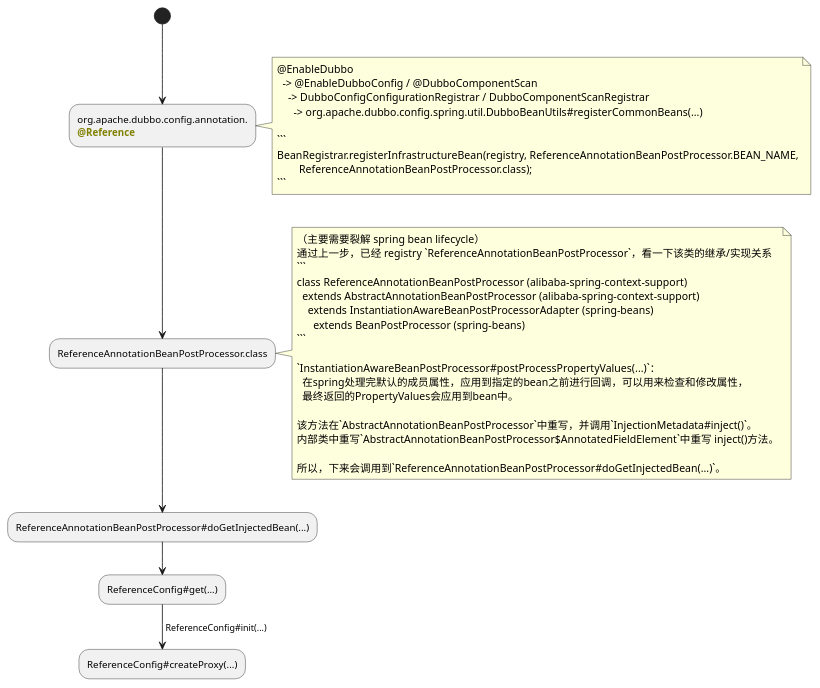
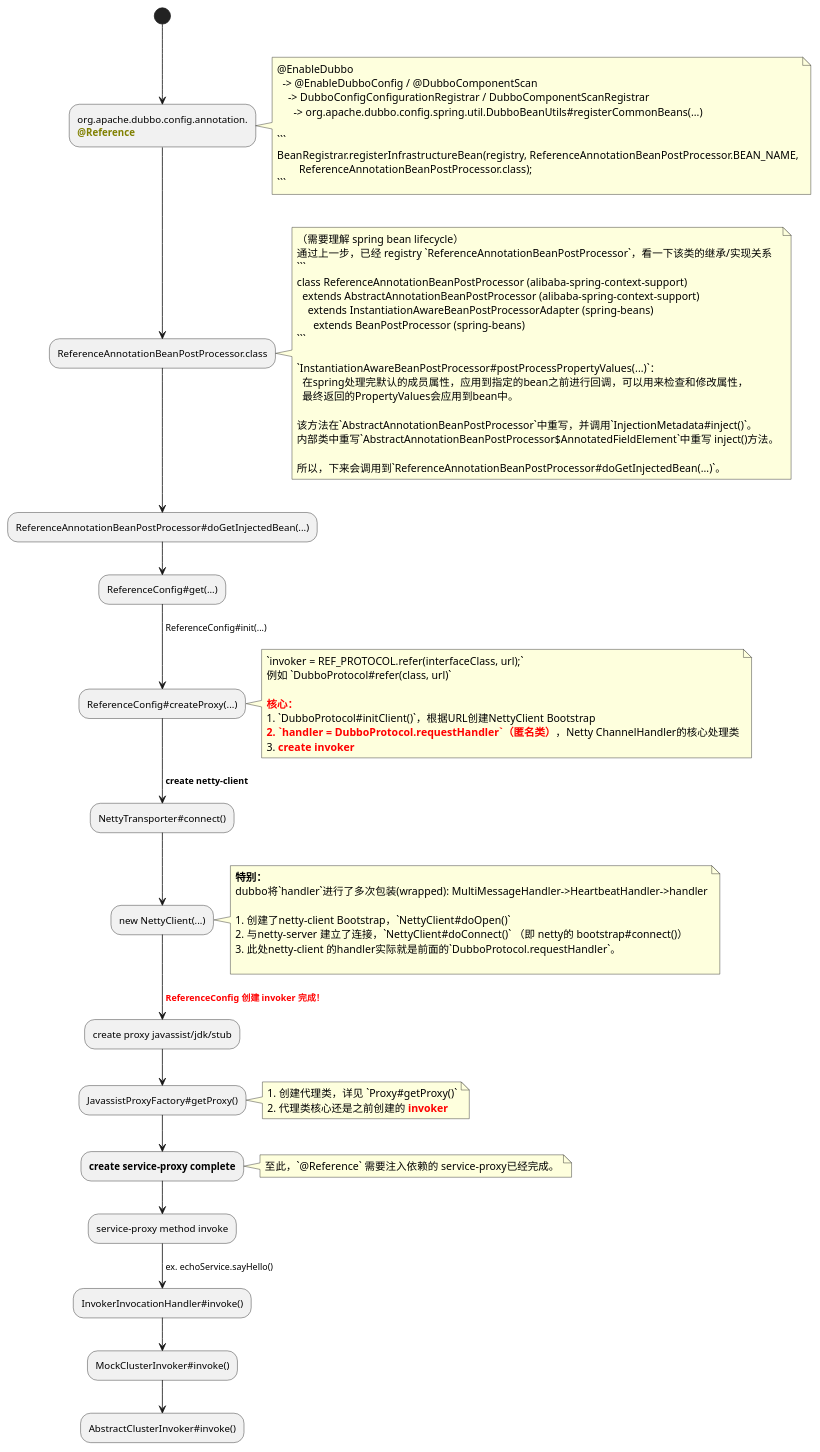
Before and after one commit to vergilyn/dubbo: the diagram in vergilyn-dubbo-examples/docs/plant-uml/dubbo_service_bean_refer_procedure.puml, drawn with PlantUML. The commit also changed 23 other files, not shown here.

````diff
--- a/vergilyn-dubbo-examples/docs/plant-uml/dubbo_service_bean_refer_procedure.puml
+++ b/vergilyn-dubbo-examples/docs/plant-uml/dubbo_service_bean_refer_procedure.puml
@@ -1,43 +1,90 @@
 @startuml
 (*)  --> "org.apache.dubbo.config.annotation.
     <color:808000>**@Reference**</color>"
 note right
 @EnableDubbo
   -> @EnableDubboConfig / @DubboComponentScan
     -> DubboConfigConfigurationRegistrar / DubboComponentScanRegistrar
       -> org.apache.dubbo.config.spring.util.DubboBeanUtils#registerCommonBeans(...)
 
 ```
 BeanRegistrar.registerInfrastructureBean(registry, ReferenceAnnotationBeanPostProcessor.BEAN_NAME,
         ReferenceAnnotationBeanPostProcessor.class);
 ```
 end note
 
 --> "ReferenceAnnotationBeanPostProcessor.class"
 note right
-（主要需要裂解 spring bean lifecycle）
+（需要理解 spring bean lifecycle）
 通过上一步，已经 registry `ReferenceAnnotationBeanPostProcessor`，看一下该类的继承/实现关系
 ```
 class ReferenceAnnotationBeanPostProcessor (alibaba-spring-context-support)
   extends AbstractAnnotationBeanPostProcessor (alibaba-spring-context-support)
     extends InstantiationAwareBeanPostProcessorAdapter (spring-beans)
       extends BeanPostProcessor (spring-beans)
 ```
 
 `InstantiationAwareBeanPostProcessor#postProcessPropertyValues(...)`：
   在spring处理完默认的成员属性，应用到指定的bean之前进行回调，可以用来检查和修改属性，
   最终返回的PropertyValues会应用到bean中。
 
 该方法在`AbstractAnnotationBeanPostProcessor`中重写，并调用`InjectionMetadata#inject()`。
 内部类中重写`AbstractAnnotationBeanPostProcessor$AnnotatedFieldElement`中重写 inject()方法。
 
 所以，下来会调用到`ReferenceAnnotationBeanPostProcessor#doGetInjectedBean(...)`。
 end note
 
 --> "ReferenceAnnotationBeanPostProcessor#doGetInjectedBean(...)"
 
 --> "ReferenceConfig#get(...)"
 
 -->[ ReferenceConfig#init(...) ] "ReferenceConfig#createProxy(...)"
+note right
+`invoker = REF_PROTOCOL.refer(interfaceClass, url);`
+例如 `DubboProtocol#refer(class, url)`
+
+<color:red>**核心：**</color>
+1. `DubboProtocol#initClient()`，根据URL创建NettyClient Bootstrap
+<color:red>**2. `handler = DubboProtocol.requestHandler`（匿名类）**</color>，Netty ChannelHandler的核心处理类
+3. <color:red>**create invoker**</color>
+endnote
+
+-->[ **create netty-client**] "NettyTransporter#connect()"
+
+--> "new NettyClient(...)"
+note right
+**特别：**
+dubbo将`handler`进行了多次包装(wrapped): MultiMessageHandler->HeartbeatHandler->handler
+
+1. 创建了netty-client Bootstrap，`NettyClient#doOpen()`
+2. 与netty-server 建立了连接，`NettyClient#doConnect()` （即 netty的 bootstrap#connect()）
+3. 此处netty-client 的handler实际就是前面的`DubboProtocol.requestHandler`。
+
+endnote
+
+-->[ <color:red>**ReferenceConfig 创建 invoker 完成！**</color>] "create proxy javassist/jdk/stub"
+
+--> "JavassistProxyFactory#getProxy()"
+note right
+1. 创建代理类，详见 `Proxy#getProxy()`
+2. 代理类核心还是之前创建的 <color:red>**invoker**</color>
+endnote
+
+--> "**create service-proxy complete**"
+note right
+至此，`@Reference` 需要注入依赖的 service-proxy已经完成。
+endnote
+
+--> "service-proxy method invoke"
+
+-->[ ex. echoService.sayHello()] "InvokerInvocationHandler#invoke()"
+
+--> "MockClusterInvoker#invoke()"
+
+--> "AbstractClusterInvoker#invoke()"
+
+
+
+
 
 @enduml
````
